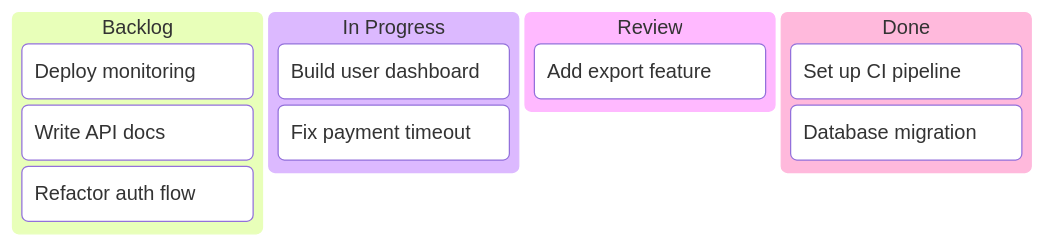
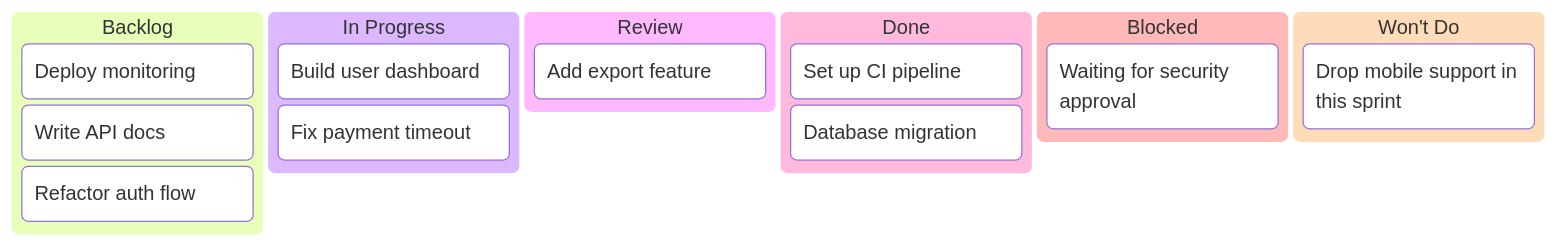
Before and after one commit to blazintrailssarah/agent-project: the diagram in agentic/markdown_templates/kanban.md, drawn with Mermaid. The commit also changed other lines of this file and 41 other files, not shown here.

````diff
--- a/agentic/markdown_templates/kanban.md
+++ b/agentic/markdown_templates/kanban.md
@@ -54,15 +54,19 @@
 ```mermaid
 kanban
     Backlog
         task1[Deploy monitoring]
         task2[Write API docs]
         task3[Refactor auth flow]
     In Progress
         task4[Build user dashboard]
         task5[Fix payment timeout]
     Review
         task6[Add export feature]
     Done
         task7[Set up CI pipeline]
         task8[Database migration]
+    Blocked
+        task9[Waiting for security approval]
+    Won't Do
+        task10[Drop mobile support in this sprint]
 ```
````
